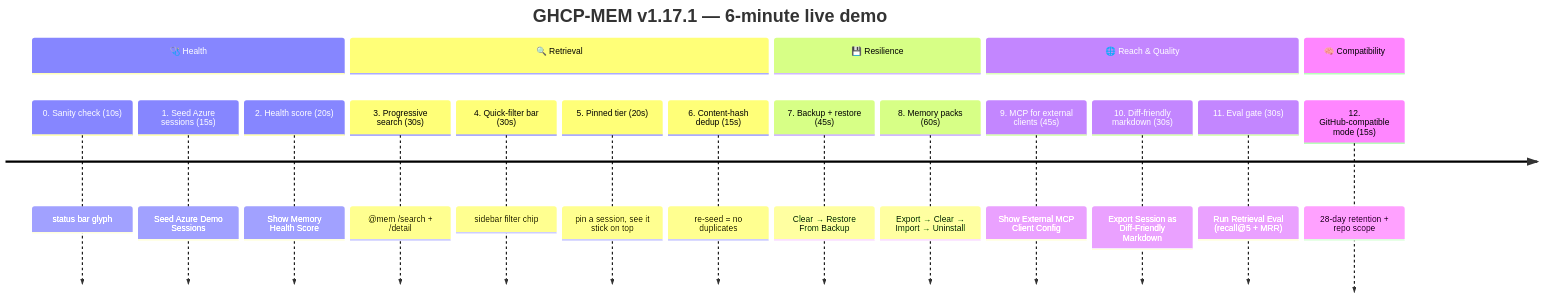
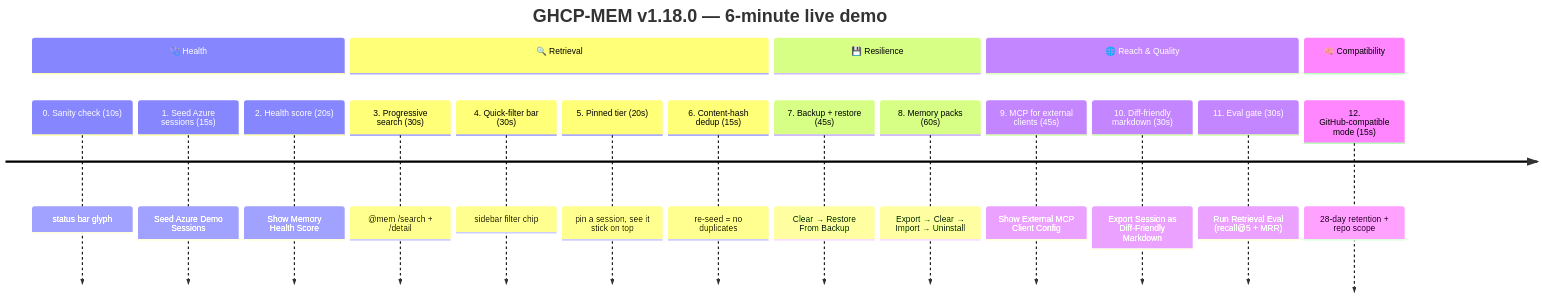
Before and after one commit to ITcredibl/ghcp-mem: the first of 5 diagrams in docs/DEMO.md, drawn with Mermaid. The commit also changed other lines of this file and 4 other files, not shown here.

````diff
--- a/docs/DEMO.md
+++ b/docs/DEMO.md
@@ -20,22 +20,22 @@
 ```mermaid
 timeline
-    title GHCP-MEM v1.17.1 — 6-minute live demo
+    title GHCP-MEM v1.18.0 — 6-minute live demo
     section 🩺 Health
         0. Sanity check (10s)              : status bar glyph
         1. Seed Azure sessions (15s)       : Seed Azure Demo Sessions
         2. Health score (20s)              : Show Memory Health Score
     section 🔍 Retrieval
         3. Progressive search (30s)        : @mem /search + /detail
         4. Quick-filter bar (30s)          : sidebar filter chip
         5. Pinned tier (20s)               : pin a session, see it stick on top
         6. Content-hash dedup (15s)        : re-seed = no duplicates
     section 💾 Resilience
         7. Backup + restore (45s)          : Clear → Restore From Backup
         8. Memory packs (60s)              : Export → Clear → Import → Uninstall
     section 🌐 Reach & Quality
         9. MCP for external clients (45s)  : Show External MCP Client Config
         10. Diff-friendly markdown (30s)   : Export Session as Diff-Friendly Markdown
         11. Eval gate (30s)                : Run Retrieval Eval (recall@5 + MRR)
     section 🧠 Compatibility
         12. GitHub-compatible mode (15s)   : 28-day retention + repo scope
 ```
````
